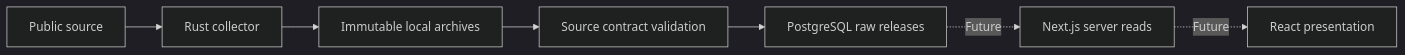
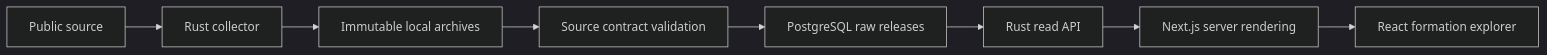
Before and after one commit to gregorsternat/gradavia: the diagram in ARCHITECTURE.md, drawn with Mermaid (dark theme). The commit also changed other lines of this file and 58 other files, not shown here.

Commit message:
feat(formations): add Parcoursup explorer backed by a Rust API

````diff
--- a/ARCHITECTURE.md
+++ b/ARCHITECTURE.md
@@ -5,9 +5,10 @@
 ```mermaid
 flowchart LR
   Source[Public source] --> Adapter[Rust collector]
   Adapter --> Archive[Immutable local archives]
   Archive --> Validation[Source contract validation]
   Validation --> Store[PostgreSQL raw releases]
-  Store -. Future .-> Server[Next.js server reads]
-  Server -. Future .-> UI[React presentation]
+  Store --> API[Rust read API]
+  API --> Server[Next.js server rendering]
+  Server --> UI[React formation explorer]
 ```
````
